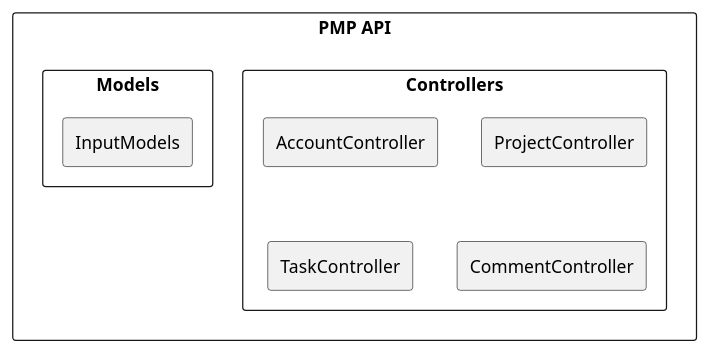
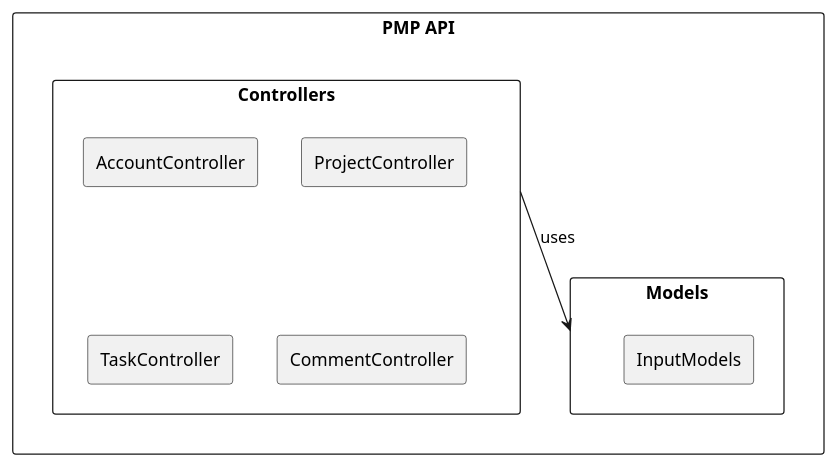
The fourth of 6 diagrams in Documentatie/Software Architecture Document.md (DCReceveur/pre-afstudeer-docs), drawn with PlantUML before and after one commit. The commit also changed other lines of this file and 1 other file, not shown here.

Commit message:
meer component diagrammen

````diff
--- a/Documentatie/Software Architecture Document.md
+++ b/Documentatie/Software Architecture Document.md
@@ -132,16 +130,15 @@
 ```plantuml
 rectangle "PMP API"{
     rectangle "Controllers"{
         rectangle "AccountController"
         rectangle "ProjectController"
         rectangle "TaskController"
         rectangle "CommentController"
-
-
     }
     rectangle "Models"{
         rectangle "InputModels"
     }
+    Controllers --> Models : uses
 }
 
 ```
````
